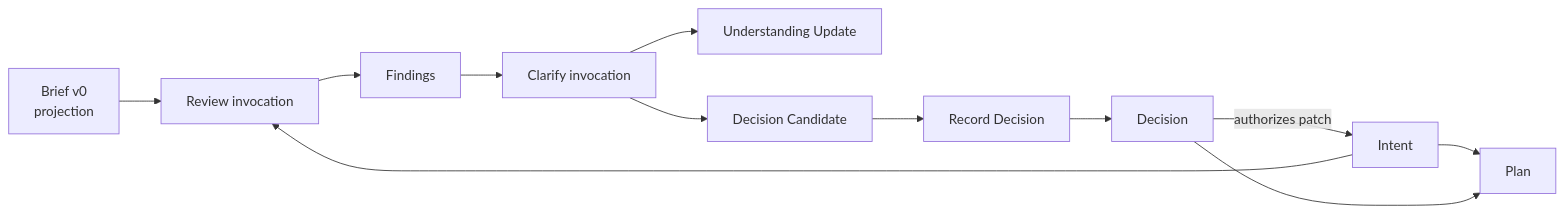
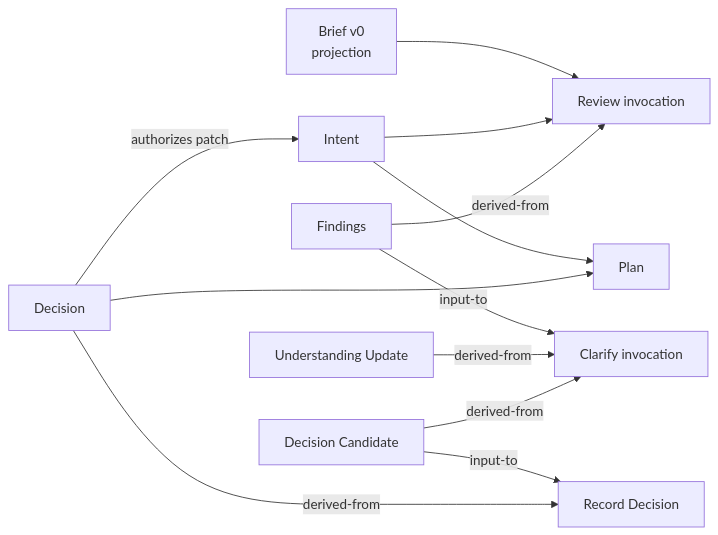
One commit to ArnoFrost/prism changed the sixth of 6 diagrams in docs/prism-4-architecture-guide.md. Above: the diagram before and after it, drawn with Mermaid. The commit also changed other lines of this file and 22 other files, not shown here.

````diff
--- a/docs/prism-4-architecture-guide.md
+++ b/docs/prism-4-architecture-guide.md
@@ -258,25 +268,25 @@
 ```mermaid
 flowchart LR
   B0["Brief v0<br/>projection"]
   I0["Intent"]
   R1["Review invocation"]
   F1["Findings"]
   C1["Clarify invocation"]
   U1["Understanding Update"]
   DC1["Decision Candidate"]
   RD1["Record Decision"]
   D1["Decision"]
   P1["Plan"]
 
   B0 --> R1
   I0 --> R1
-  R1 --> F1
-  F1 --> C1
-  C1 --> U1
-  C1 --> DC1
-  DC1 --> RD1
-  RD1 --> D1
+  F1 -->|"derived-from"| R1
+  F1 -->|"input-to"| C1
+  U1 -->|"derived-from"| C1
+  DC1 -->|"derived-from"| C1
+  DC1 -->|"input-to"| RD1
+  D1 -->|"derived-from"| RD1
   D1 -->|"authorizes patch"| I0
   I0 --> P1
   D1 --> P1
 ```
````
